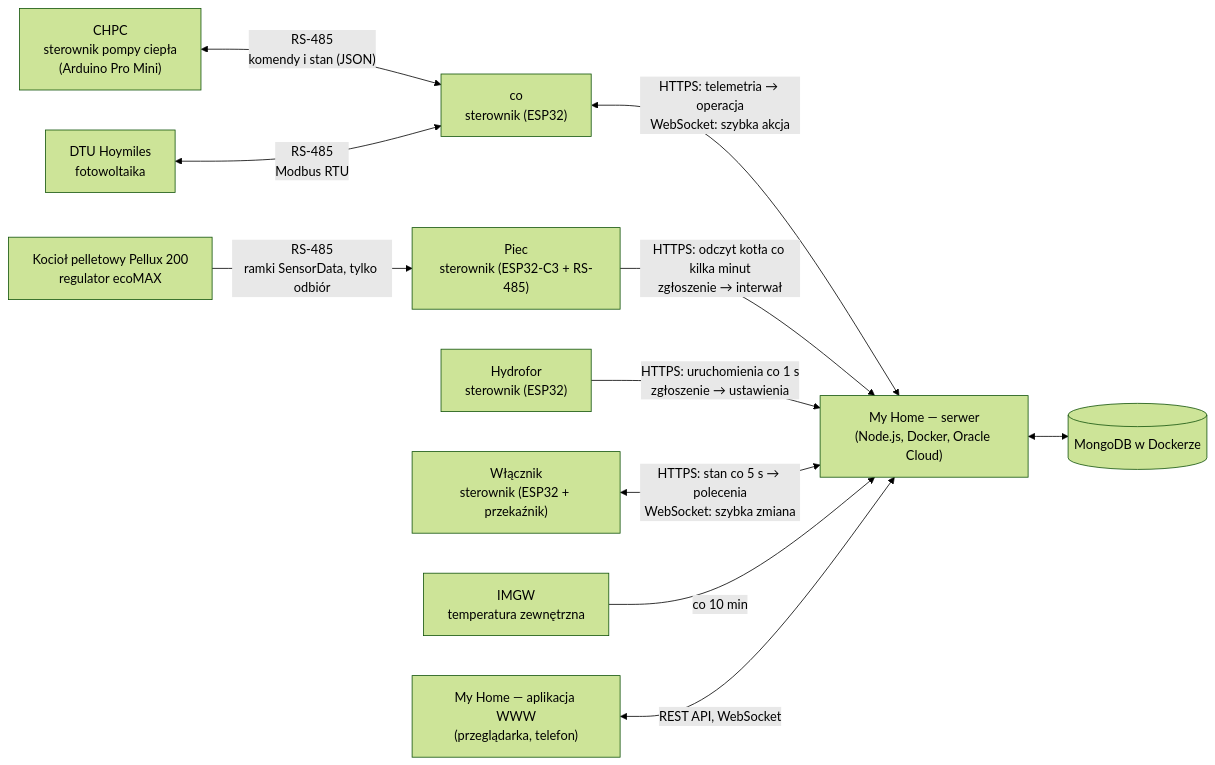
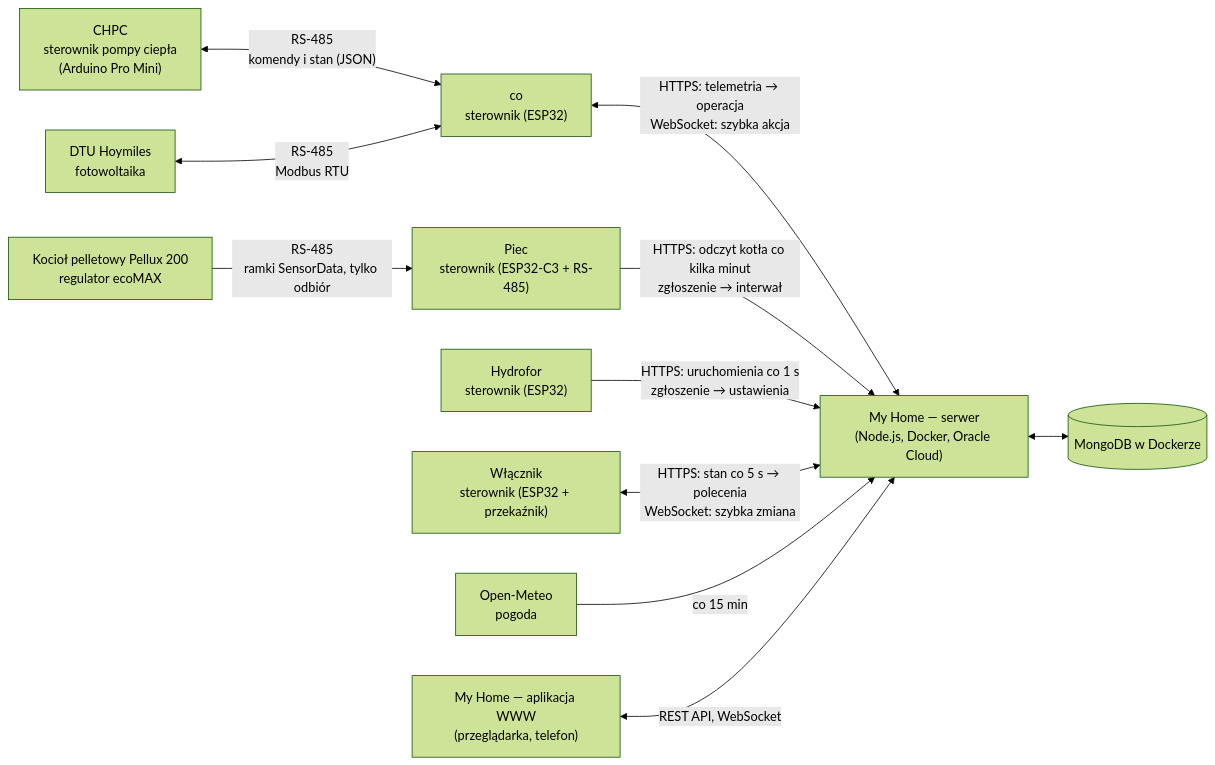
One commit to robertorlowski/my-home changed the diagram in docs/README.md. Above: the diagram before and after it, drawn with Mermaid (forest theme). The commit also changed other lines of this file and 14 other files, not shown here.

````diff
--- a/docs/README.md
+++ b/docs/README.md
@@ -18,25 +18,25 @@
 ```mermaid
 flowchart LR
     CHPC["CHPC<br/>sterownik pompy ciepła<br/>(Arduino Pro Mini)"]
     DTU["DTU Hoymiles<br/>fotowoltaika"]
     CO["co<br/>sterownik (ESP32)"]
     ECO["Kocioł pelletowy Pellux 200<br/>regulator ecoMAX"]
     PEL["Piec<br/>sterownik (ESP32-C3 + RS-485)"]
     HYD["Hydrofor<br/>sterownik (ESP32)"]
     SW["Włącznik<br/>sterownik (ESP32 + przekaźnik)"]
     SRV["My Home — serwer<br/>(Node.js, Docker, Oracle Cloud)"]
     DB[("MongoDB w Dockerze")]
     WEB["My Home — aplikacja WWW<br/>(przeglądarka, telefon)"]
-    IMGW["IMGW<br/>temperatura zewnętrzna"]
+    OM["Open-Meteo<br/>pogoda"]
 
     CHPC <-- "RS-485<br/>komendy i stan (JSON)" --> CO
     DTU <-- "RS-485<br/>Modbus RTU" --> CO
     ECO -- "RS-485<br/>ramki SensorData, tylko odbiór" --> PEL
     CO <-- "HTTPS: telemetria → operacja<br/>WebSocket: szybka akcja" --> SRV
     PEL -- "HTTPS: odczyt kotła co kilka minut<br/>zgłoszenie → interwał" --> SRV
     HYD -- "HTTPS: uruchomienia co 1 s<br/>zgłoszenie → ustawienia" --> SRV
     SW <-- "HTTPS: stan co 5 s → polecenia<br/>WebSocket: szybka zmiana" --> SRV
-    IMGW -- "co 10 min" --> SRV
+    OM -- "co 15 min" --> SRV
     SRV <--> DB
     WEB <-- "REST API, WebSocket" --> SRV
 ```
````
